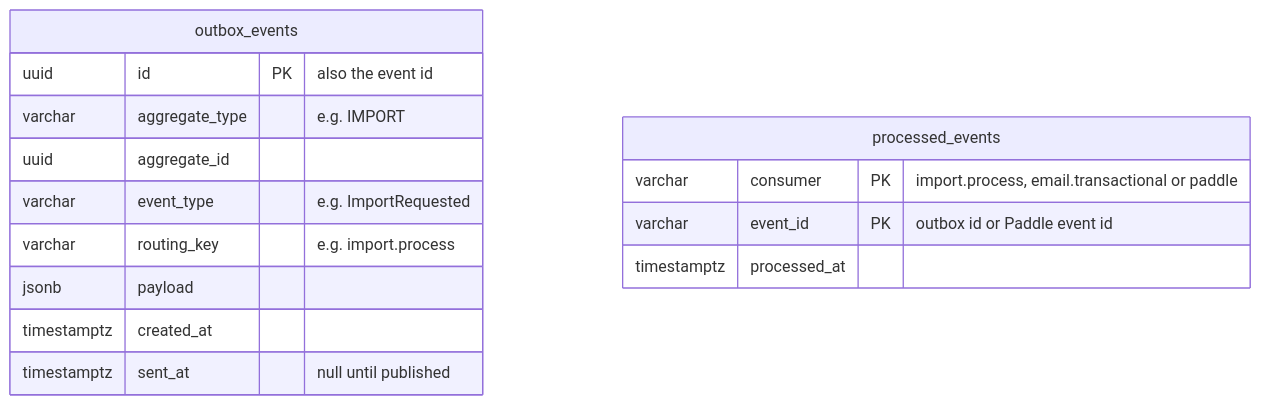
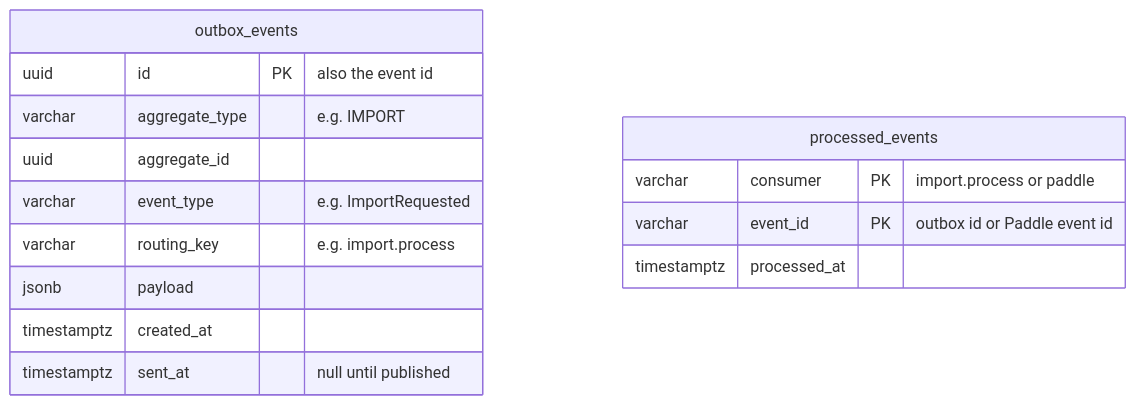
One commit to salimsalimzade/ari-api changed the seventh of 8 diagrams in docs/database.md. Above: the diagram before and after it, drawn with Mermaid. The commit also changed other lines of this file and 181 other files, not shown here.

````diff
--- a/docs/database.md
+++ b/docs/database.md
@@ -278,18 +280,18 @@
 ```mermaid
 erDiagram
   outbox_events {
     uuid id PK "also the event id"
     varchar aggregate_type "e.g. IMPORT"
     uuid aggregate_id
     varchar event_type "e.g. ImportRequested"
     varchar routing_key "e.g. import.process"
     jsonb payload
     timestamptz created_at
     timestamptz sent_at "null until published"
   }
   processed_events {
-    varchar consumer PK "import.process, email.transactional or paddle"
+    varchar consumer PK "import.process or paddle"
     varchar event_id PK "outbox id or Paddle event id"
     timestamptz processed_at
   }
 ```
````
